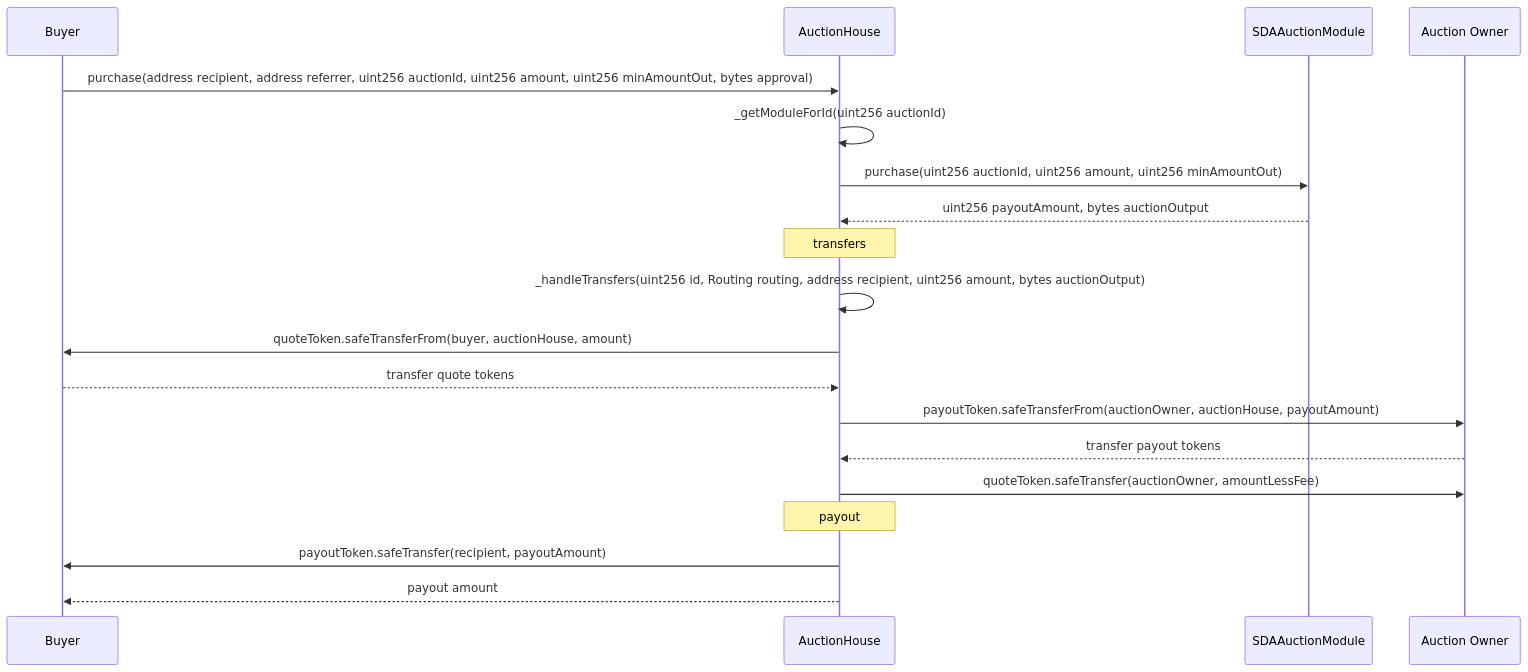
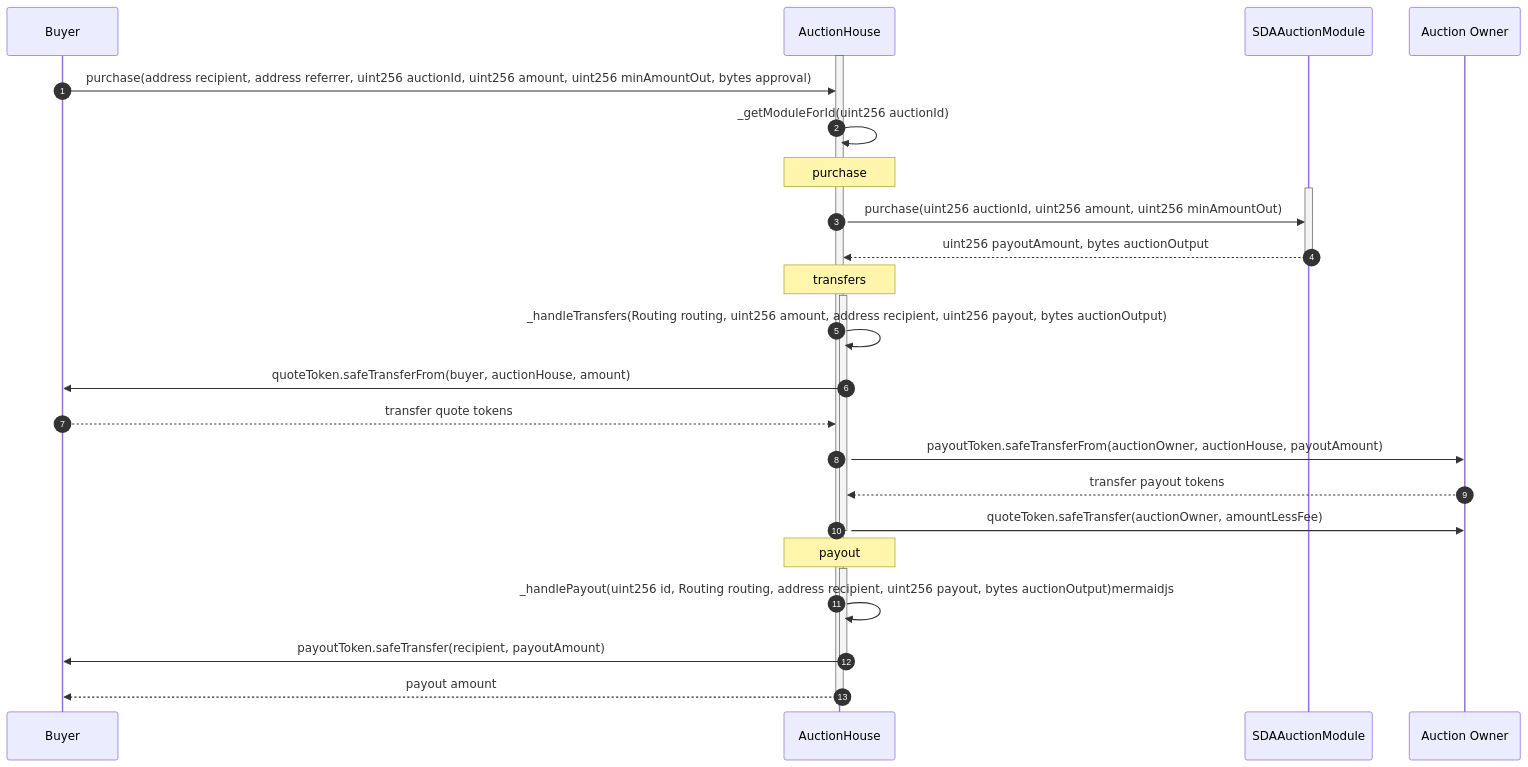
Before and after one commit to Axis-Fi/axis-core: the third of 3 diagrams in ARCHITECTURE.md, drawn with Mermaid. The commit also changed other lines of this file, not shown here.

Commit message:
Autonumbering, add activation boxes

````diff
--- a/ARCHITECTURE.md
+++ b/ARCHITECTURE.md
@@ -224,33 +229,46 @@
 ```mermaid
 sequenceDiagram
+  autoNumber
   participant Buyer
   participant AuctionHouse
   participant SDAAuctionModule
   participant Auction Owner
 
-  Buyer->>AuctionHouse: purchase(address recipient, address referrer, uint256 auctionId, uint256 amount, uint256 minAmountOut, bytes approval)
+  activate AuctionHouse
+    Buyer->>AuctionHouse: purchase(address recipient, address referrer, uint256 auctionId, uint256 amount, uint256 minAmountOut, bytes approval)
 
-  AuctionHouse->>AuctionHouse: _getModuleForId(uint256 auctionId)
+    AuctionHouse->>AuctionHouse: _getModuleForId(uint256 auctionId)
 
-  AuctionHouse->>SDAAuctionModule: purchase(uint256 auctionId, uint256 amount, uint256 minAmountOut)
+    Note over AuctionHouse: purchase
 
-  SDAAuctionModule-->>AuctionHouse: uint256 payoutAmount, bytes auctionOutput
+    activate SDAAuctionModule
+      AuctionHouse->>SDAAuctionModule: purchase(uint256 auctionId, uint256 amount, uint256 minAmountOut)
 
-  Note over AuctionHouse: transfers
+      SDAAuctionModule-->>AuctionHouse: uint256 payoutAmount, bytes auctionOutput
+    deactivate SDAAuctionModule
 
-  AuctionHouse->>AuctionHouse: _handleTransfers(uint256 id, Routing routing, address recipient, uint256 amount, bytes auctionOutput)
+    Note over AuctionHouse: transfers
 
-  AuctionHouse->>Buyer: quoteToken.safeTransferFrom(buyer, auctionHouse, amount)
-  Buyer-->>AuctionHouse: transfer quote tokens
+    activate AuctionHouse
+      AuctionHouse->>AuctionHouse: _handleTransfers(Routing routing, uint256 amount, address recipient, uint256 payout, bytes auctionOutput)
 
-  AuctionHouse->>Auction Owner: payoutToken.safeTransferFrom(auctionOwner, auctionHouse, payoutAmount)
-  Auction Owner-->>AuctionHouse: transfer payout tokens
+      AuctionHouse->>Buyer: quoteToken.safeTransferFrom(buyer, auctionHouse, amount)
+      Buyer-->>AuctionHouse: transfer quote tokens
 
-  AuctionHouse->>Auction Owner: quoteToken.safeTransfer(auctionOwner, amountLessFee)
+      AuctionHouse->>Auction Owner: payoutToken.safeTransferFrom(auctionOwner, auctionHouse, payoutAmount)
+      Auction Owner-->>AuctionHouse: transfer payout tokens
 
-  Note over AuctionHouse: payout
+      AuctionHouse->>Auction Owner: quoteToken.safeTransfer(auctionOwner, amountLessFee)
+    deactivate AuctionHouse
 
-  AuctionHouse->>Buyer: payoutToken.safeTransfer(recipient, payoutAmount)
+    Note over AuctionHouse: payout
 
-  AuctionHouse-->>Buyer: payout amount
+    activate AuctionHouse
+      AuctionHouse->>AuctionHouse: _handlePayout(uint256 id, Routing routing, address recipient, uint256 payout, bytes auctionOutput)mermaidjs
+
+      AuctionHouse->>Buyer: payoutToken.safeTransfer(recipient, payoutAmount)
+    deactivate AuctionHouse
+
+    AuctionHouse-->>Buyer: payout amount
+  deactivate AuctionHouse
 ```
````
